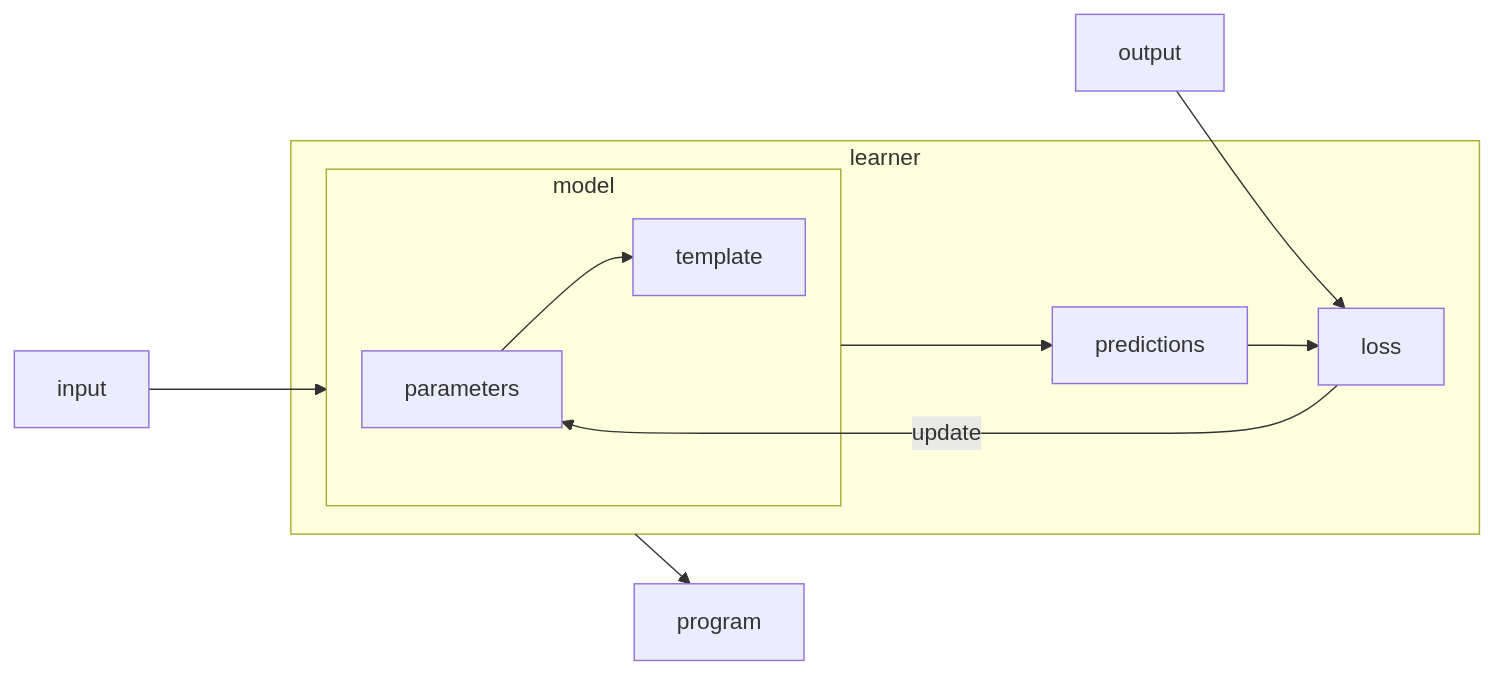
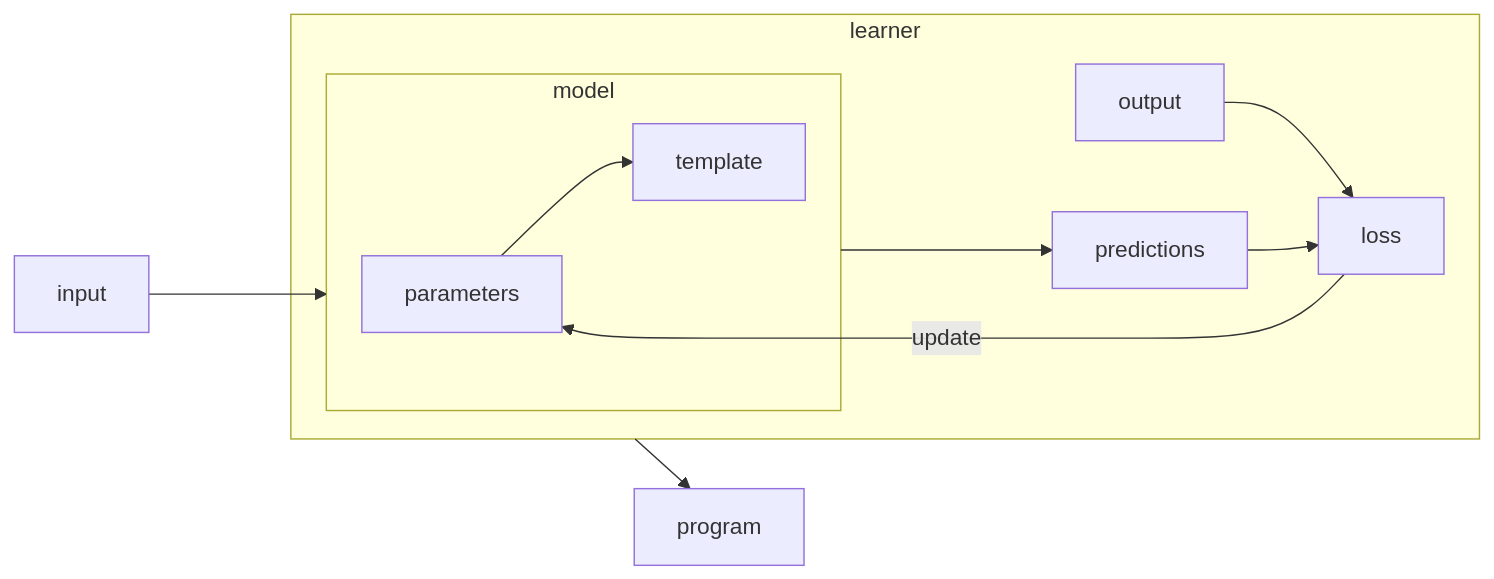
One commit to nicoladerric/nicoladerric.github.io changed the third of 3 diagrams in _posts/2023-08-16-rivoluzione.md. Above: the diagram before and after it, drawn with Mermaid. The commit also changed other lines of this file, not shown here.

````diff
--- a/_posts/2023-08-16-rivoluzione.md
+++ b/_posts/2023-08-16-rivoluzione.md
@@ -53,14 +53,14 @@
 ```mermaid
 flowchart LR;
     input ---> model;
-    output --> loss;
     subgraph learner
         subgraph model
         parameters --> template;
         end
+    output --> loss;
     model --> predictions;
     predictions --> loss;
     loss -----> |update|parameters;
     end
     learner --> program
 ```
````
